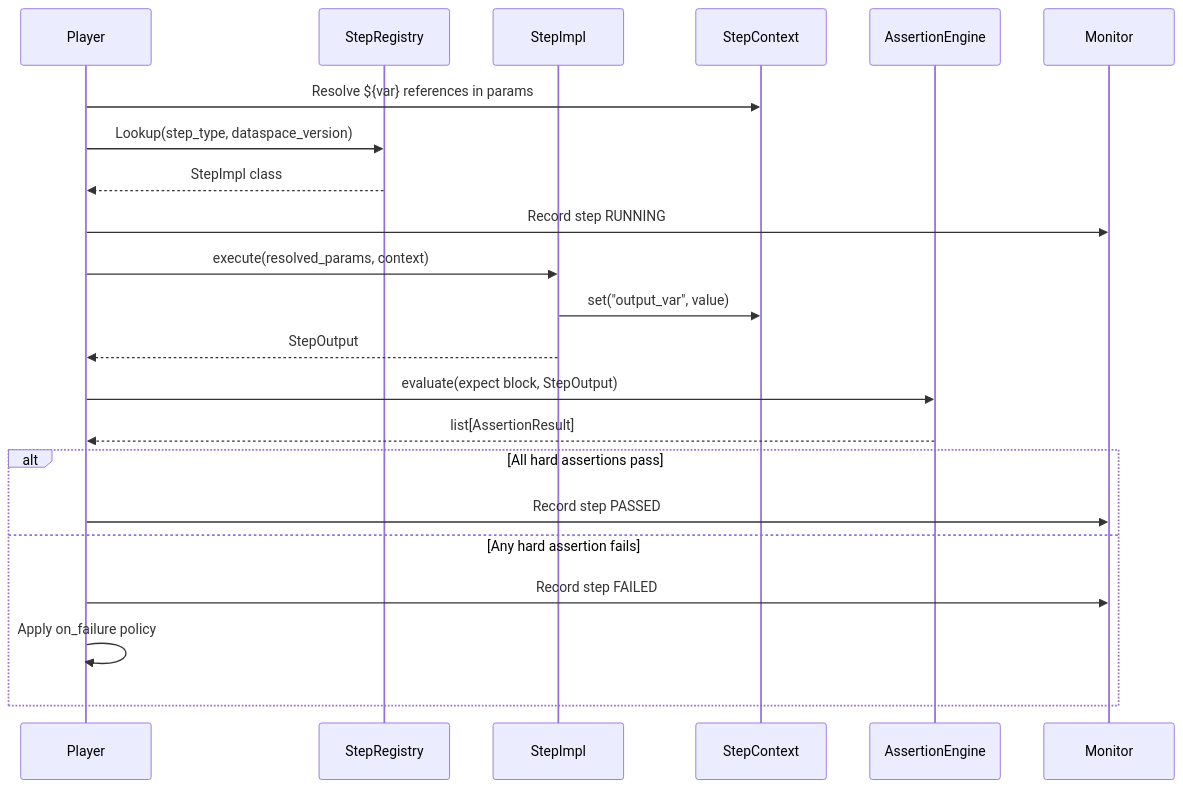
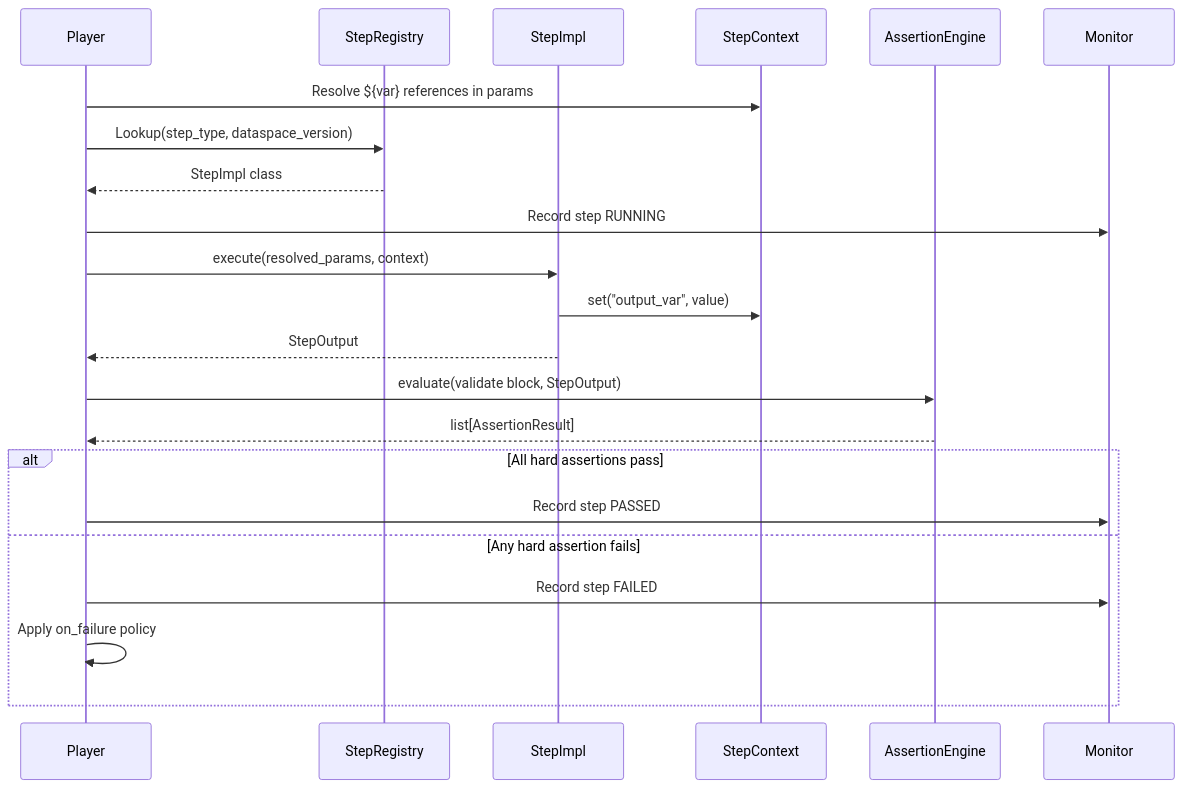
Before and after one commit to tudorfrincu1/tractusx-testlab: the third of 15 diagrams in docs/specification/specification/concepts.md, drawn with Mermaid. The commit also changed other lines of this file and 79 other files, not shown here.

````diff
--- a/docs/specification/specification/concepts.md
+++ b/docs/specification/specification/concepts.md
@@ -128,25 +128,25 @@
 ```mermaid
 sequenceDiagram
     participant P as Player
     participant R as StepRegistry
     participant S as StepImpl
     participant C as StepContext
     participant A as AssertionEngine
     participant M as Monitor
 
     P->>C: Resolve ${var} references in params
     P->>R: Lookup(step_type, dataspace_version)
     R-->>P: StepImpl class
     P->>M: Record step RUNNING
     P->>S: execute(resolved_params, context)
     S->>C: set("output_var", value)
     S-->>P: StepOutput
-    P->>A: evaluate(expect block, StepOutput)
+    P->>A: evaluate(validate block, StepOutput)
     A-->>P: list[AssertionResult]
     alt All hard assertions pass
         P->>M: Record step PASSED
     else Any hard assertion fails
         P->>M: Record step FAILED
         P->>P: Apply on_failure policy
     end
 ```
````
